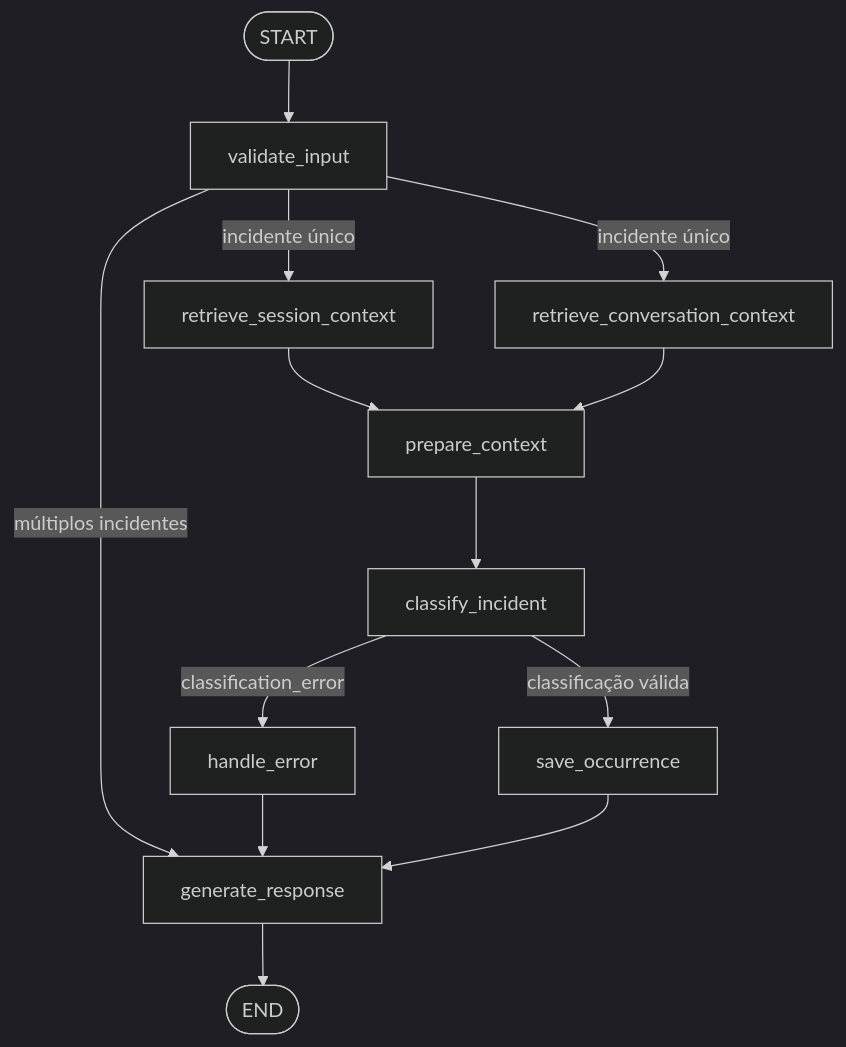
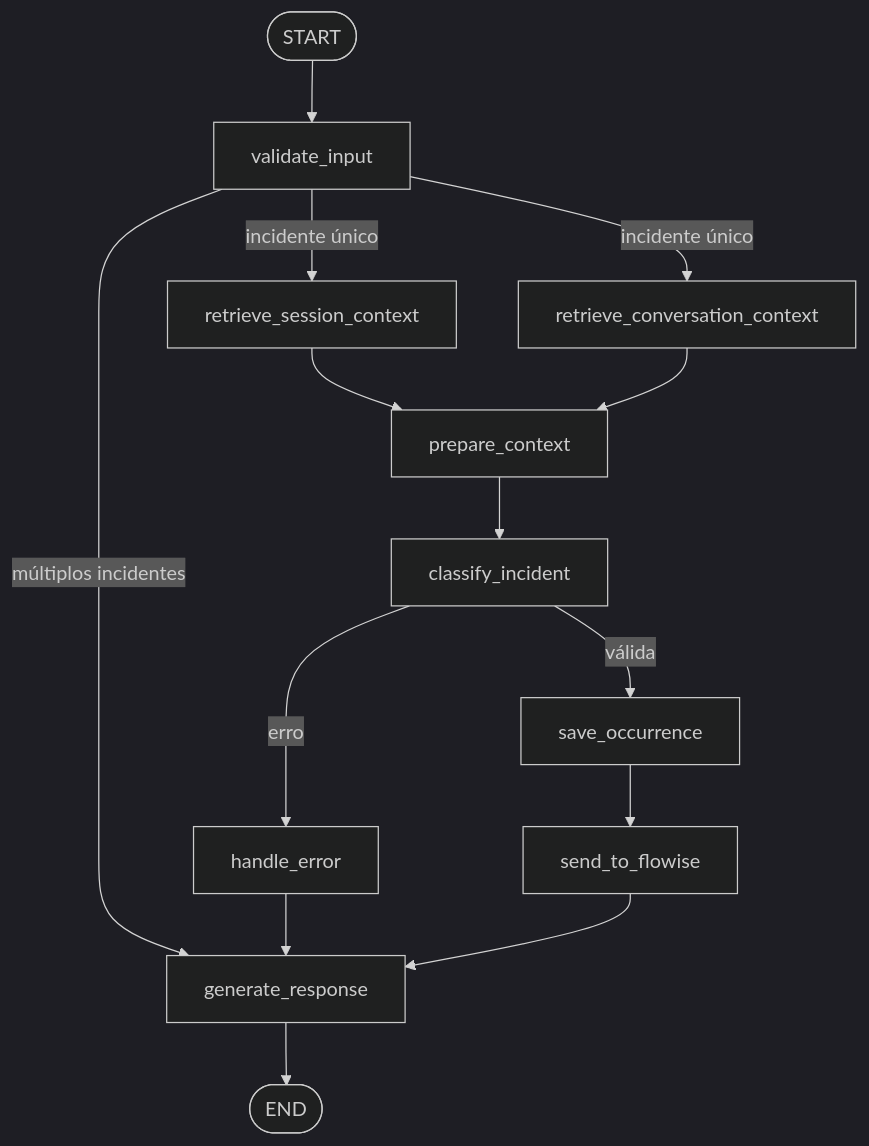
Before and after one commit to lucasivanv/condominium-incident-agent: the second of 2 diagrams in docs/evidencias/architecture.md, drawn with Mermaid (dark theme). The commit also changed other lines of this file and 21 other files, not shown here.

````diff
--- a/docs/evidencias/architecture.md
+++ b/docs/evidencias/architecture.md
@@ -234,15 +91,16 @@
 ```mermaid
 flowchart TD
     START([START]) --> V[validate_input]
     V -->|múltiplos incidentes| R[generate_response]
     V -->|incidente único| S[retrieve_session_context]
     V -->|incidente único| C[retrieve_conversation_context]
     S --> P[prepare_context]
     C --> P
     P --> I[classify_incident]
-    I -->|classification_error| E[handle_error]
-    I -->|classificação válida| O[save_occurrence]
+    I -->|erro| E[handle_error]
+    I -->|válida| O[save_occurrence]
     E --> R
-    O --> R
+    O --> F[send_to_flowise]
+    F --> R
     R --> END([END])
 ```
````
